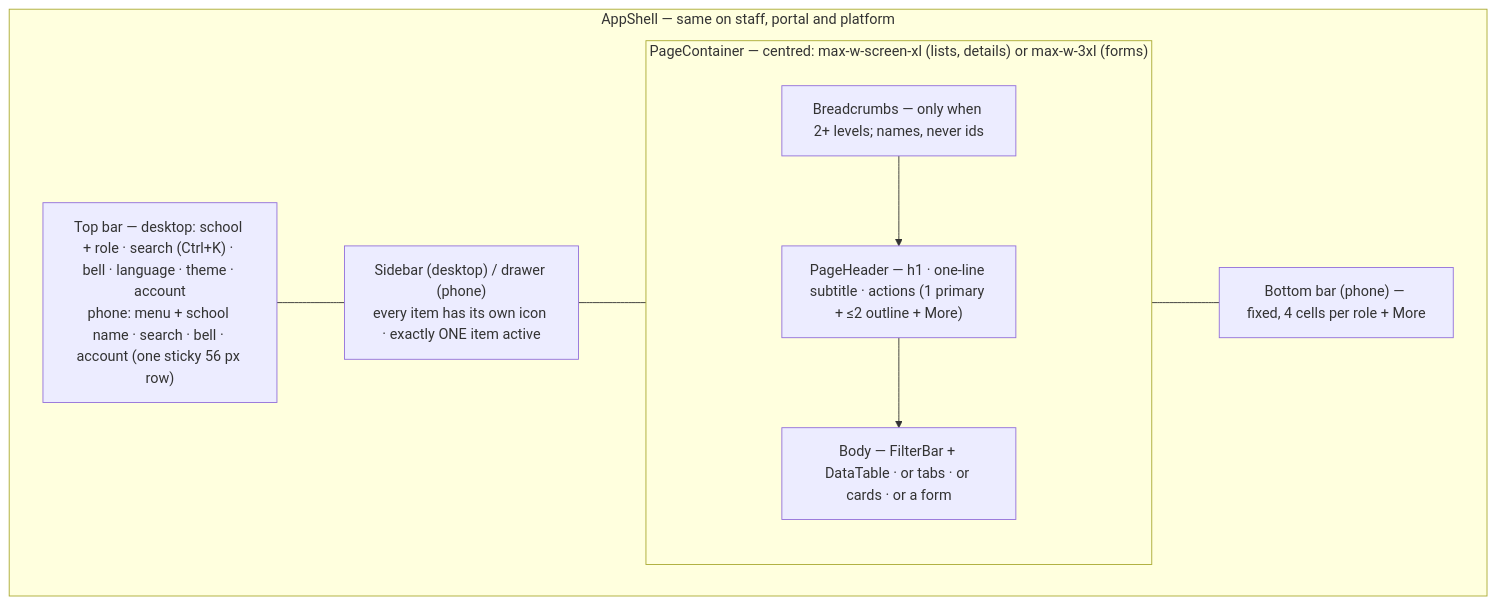
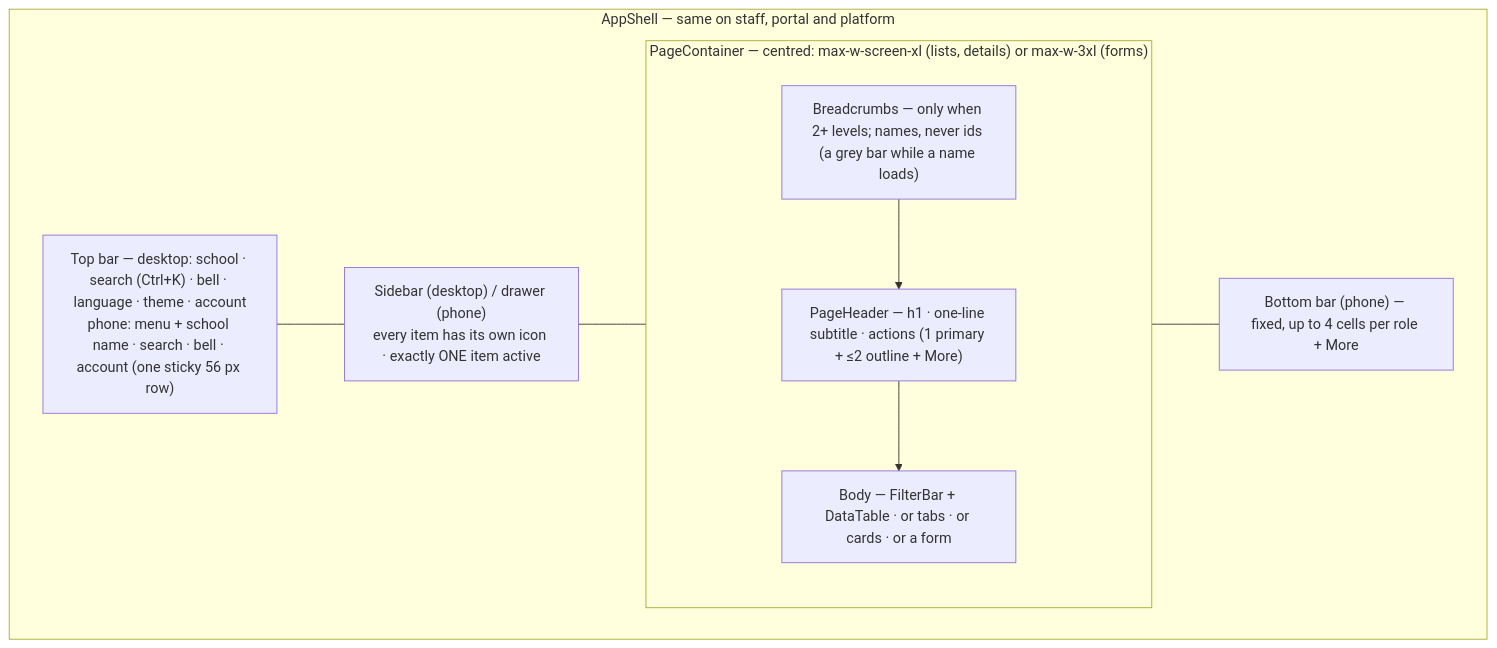
Before and after one commit to tareq89/biddaloy: the second of 7 diagrams in docs/architecture/21-ui-patterns.md, drawn with Mermaid. The commit also changed other lines of this file and 9 other files, not shown here.

````diff
--- a/docs/architecture/21-ui-patterns.md
+++ b/docs/architecture/21-ui-patterns.md
@@ -36,17 +41,17 @@
 ```mermaid
 flowchart TD
   subgraph Shell["AppShell — same on staff, portal and platform"]
-    TB["Top bar — desktop: school + role · search (Ctrl+K) · bell · language · theme · account<br/>phone: menu + school name · search · bell · account (one sticky 56 px row)"]
+    TB["Top bar — desktop: school · search (Ctrl+K) · bell · language · theme · account<br/>phone: menu + school name · search · bell · account (one sticky 56 px row)"]
     SB["Sidebar (desktop) / drawer (phone)<br/>every item has its own icon · exactly ONE item active"]
     subgraph Main["PageContainer — centred: max-w-screen-xl (lists, details) or max-w-3xl (forms)"]
-      BC["Breadcrumbs — only when 2+ levels; names, never ids"]
+      BC["Breadcrumbs — only when 2+ levels; names, never ids (a grey bar while a name loads)"]
       PH["PageHeader — h1 · one-line subtitle · actions (1 primary + ≤2 outline + More)"]
       BODY["Body — FilterBar + DataTable · or tabs · or cards · or a form"]
     end
-    BN["Bottom bar (phone) — fixed, 4 cells per role + More"]
+    BN["Bottom bar (phone) — fixed, up to 4 cells per role + More"]
   end
   TB --- SB
   SB --- Main
   BC --> PH --> BODY
   Main --- BN
 ```
````
